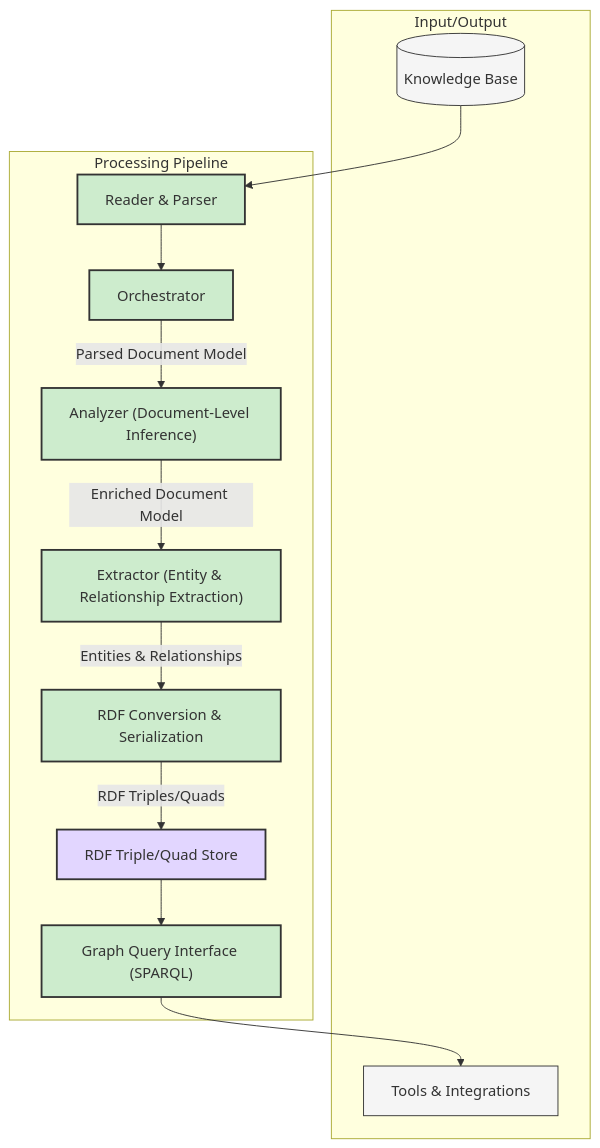
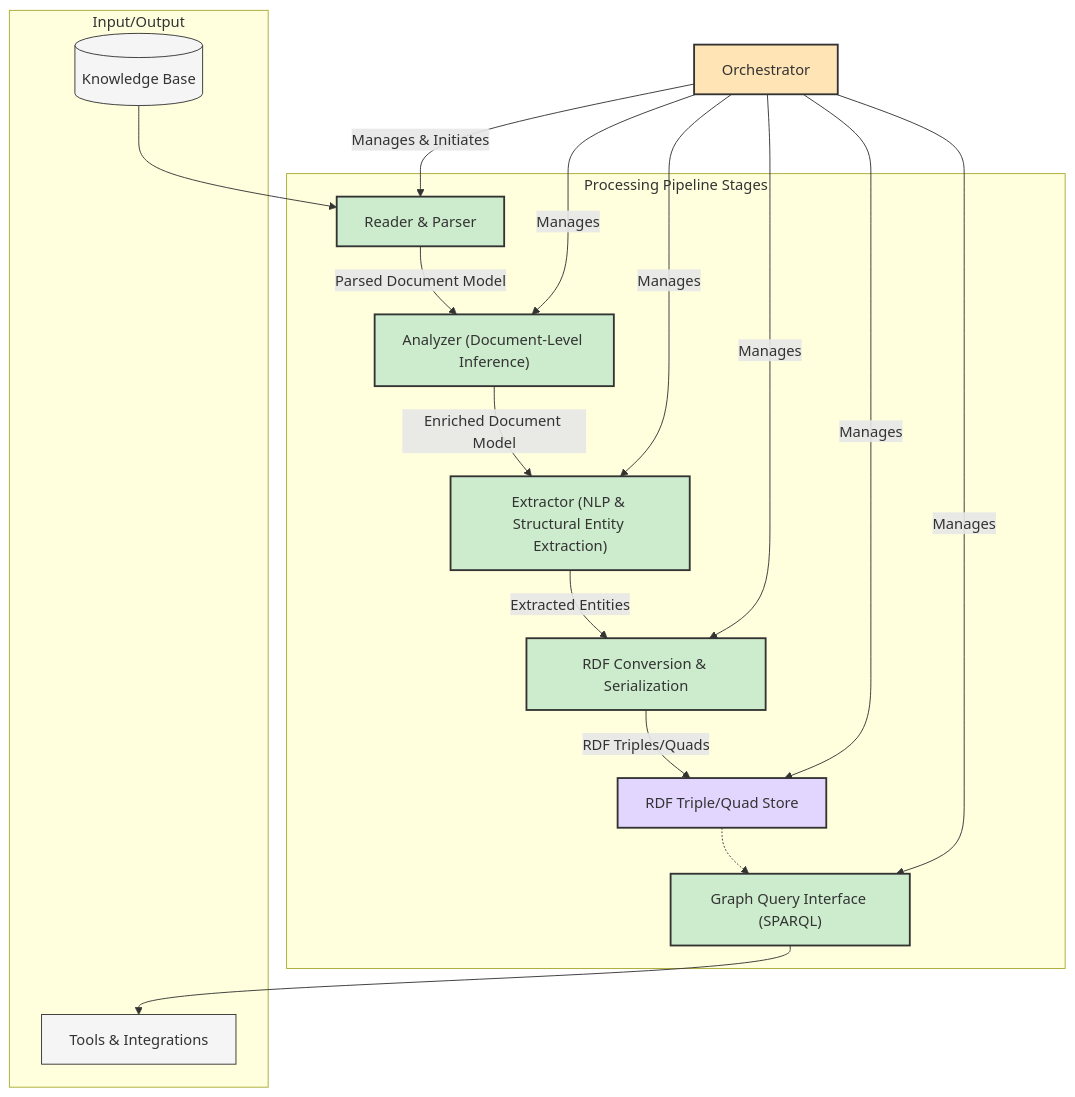
One commit to dstengle/knowledgebase-processor changed the diagram in docs/architecture/system-overview/components.md. Above: the diagram before and after it, drawn with Mermaid. The commit also changed other lines of this file and 2 other files, not shown here.

````diff
--- a/docs/architecture/system-overview/components.md
+++ b/docs/architecture/system-overview/components.md
@@ -16,34 +18,43 @@
 ```mermaid
 graph TD
     subgraph "Input/Output"
         KB[(Knowledge Base)]
         Tools[Tools & Integrations]
     end
 
-    subgraph "Processing Pipeline"
+    Orchestrator[Orchestrator]
+
+    subgraph "Processing Pipeline Stages"
         Reader["Reader & Parser"]
-        Processor[Orchestrator]
         Analyzer["Analyzer (Document-Level Inference)"]
-        Extractor["Extractor (Entity & Relationship Extraction)"]
+        Extractor["Extractor (NLP & Structural Entity Extraction)"]
         RDFConverter["RDF Conversion & Serialization"]
         RDFStore["RDF Triple/Quad Store"]
         QueryInterface["Graph Query Interface (SPARQL)"]
     end
 
     KB --> Reader
-    Reader --> Processor
-    Processor -- Parsed Document Model --> Analyzer
+    Reader -- Parsed Document Model --> Analyzer
     Analyzer -- Enriched Document Model --> Extractor
-    Extractor -- Entities & Relationships --> RDFConverter
+    Extractor -- Extracted Entities --> RDFConverter
     RDFConverter -- RDF Triples/Quads --> RDFStore
-    RDFStore --> QueryInterface
+    RDFStore -.-> QueryInterface 
     QueryInterface --> Tools
+
+    Orchestrator -- Manages & Initiates --> Reader
+    Orchestrator -- Manages --> Analyzer
+    Orchestrator -- Manages --> Extractor
+    Orchestrator -- Manages --> RDFConverter
+    Orchestrator -- Manages --> RDFStore
+    Orchestrator -- Manages --> QueryInterface
     
     classDef core fill:#cdeccd,stroke:#333,stroke-width:2px;
     classDef storage fill:#e2d6ff,stroke:#333,stroke-width:2px;
     classDef external fill:#f5f5f5,stroke:#333,stroke-width:1px;
+    classDef orchestrator fill:#ffe4b5,stroke:#333,stroke-width:2px;
     
-    class Reader,Processor,Analyzer,Extractor,RDFConverter,QueryInterface core;
+    class Reader,Analyzer,Extractor,RDFConverter,QueryInterface core;
     class RDFStore storage;
     class KB,Tools external;
+    class Orchestrator orchestrator;
 ```
````
